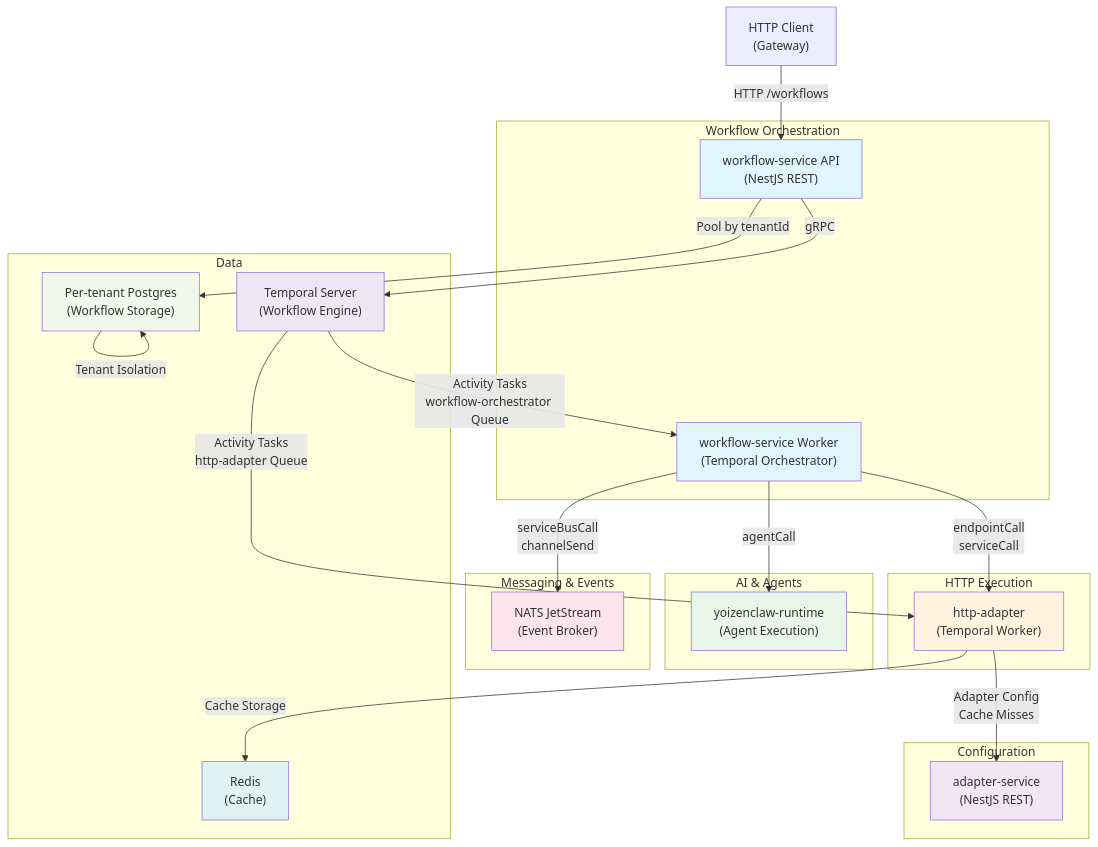
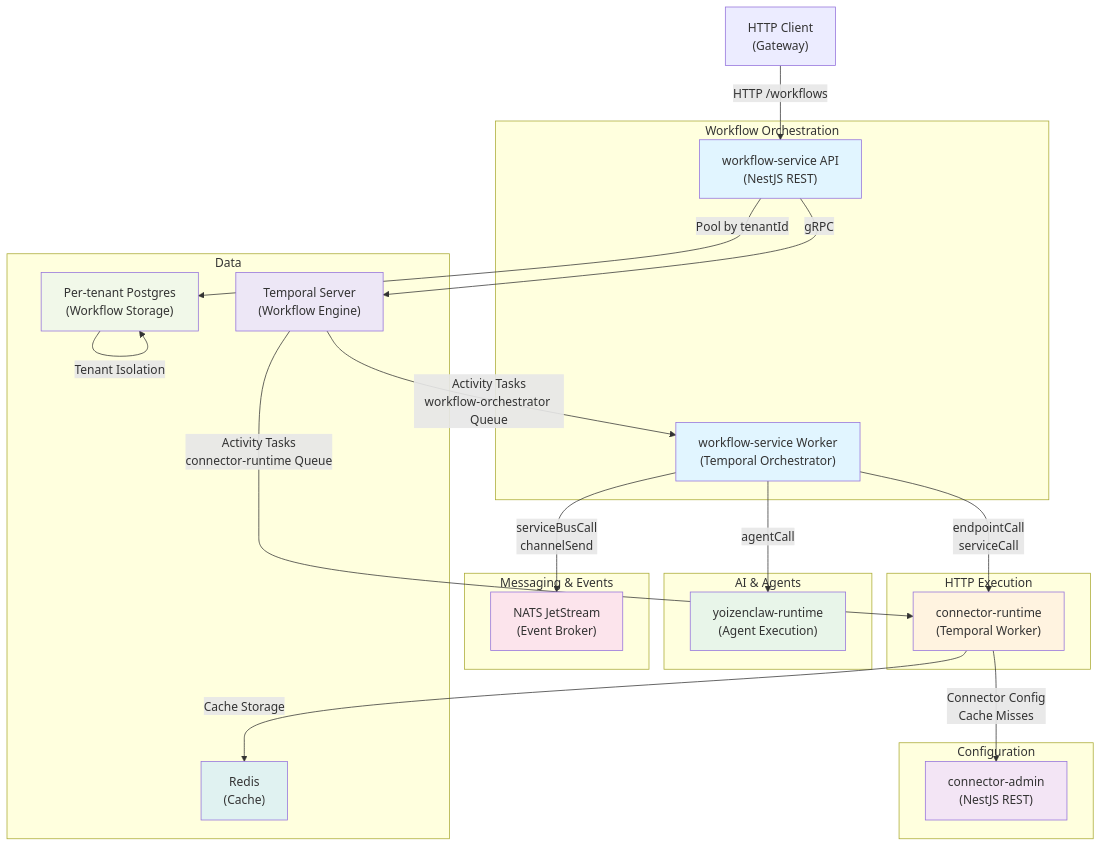
Before and after one commit to ccarnero/colloqui: the first of 8 diagrams in DOCS/11-SERVICE-ARCHITECTURE-DIAGRAM.md, drawn with Mermaid. The commit also changed other lines of this file and 418 other files, not shown here.

First line of the commit message:
Merged PR 3855: Remove services. Rename http-adapter/adapter-service. Update docs

````diff
--- a/DOCS/11-SERVICE-ARCHITECTURE-DIAGRAM.md
+++ b/DOCS/11-SERVICE-ARCHITECTURE-DIAGRAM.md
@@ -9,57 +9,57 @@
 ```mermaid
 graph TB
     Client["HTTP Client<br/>(Gateway)"]
     
     subgraph "Workflow Orchestration"
         WFA["workflow-service API<br/>(NestJS REST)"]
         WFW["workflow-service Worker<br/>(Temporal Orchestrator)"]
     end
     
     subgraph "HTTP Execution"
-        HAW["http-adapter<br/>(Temporal Worker)"]
+        HAW["connector-runtime<br/>(Temporal Worker)"]
     end
-    
+
     subgraph "Configuration"
-        ADA["adapter-service<br/>(NestJS REST)"]
+        ADA["connector-admin<br/>(NestJS REST)"]
     end
     
     subgraph "AI & Agents"
         YCR["yoizenclaw-runtime<br/>(Agent Execution)"]
     end
     
     subgraph "Messaging & Events"
         NATS["NATS JetStream<br/>(Event Broker)"]
     end
     
     subgraph "Data"
         TEMPORAL["Temporal Server<br/>(Workflow Engine)"]
         REDIS["Redis<br/>(Cache)"]
         PG["Per-tenant Postgres<br/>(Workflow Storage)"]
     end
     
     Client -->|HTTP /workflows| WFA
     WFA -->|gRPC| TEMPORAL
     WFA -->|Pool by tenantId| PG
     
     TEMPORAL -->|Activity Tasks<br/>workflow-orchestrator Queue| WFW
-    TEMPORAL -->|Activity Tasks<br/>http-adapter Queue| HAW
+    TEMPORAL -->|Activity Tasks<br/>connector-runtime Queue| HAW
     
     WFW -->|endpointCall<br/>serviceCall| HAW
     WFW -->|agentCall| YCR
     WFW -->|serviceBusCall<br/>channelSend| NATS
     
-    HAW -->|Adapter Config<br/>Cache Misses| ADA
+    HAW -->|Connector Config<br/>Cache Misses| ADA
     HAW -->|Cache Storage| REDIS
     
     PG -->|Tenant Isolation| PG
     
     style WFA fill:#e1f5ff
     style WFW fill:#e1f5ff
     style HAW fill:#fff3e0
     style ADA fill:#f3e5f5
     style YCR fill:#e8f5e9
     style NATS fill:#fce4ec
     style TEMPORAL fill:#ede7f6
     style REDIS fill:#e0f2f1
     style PG fill:#f1f8e9
 ```
````
